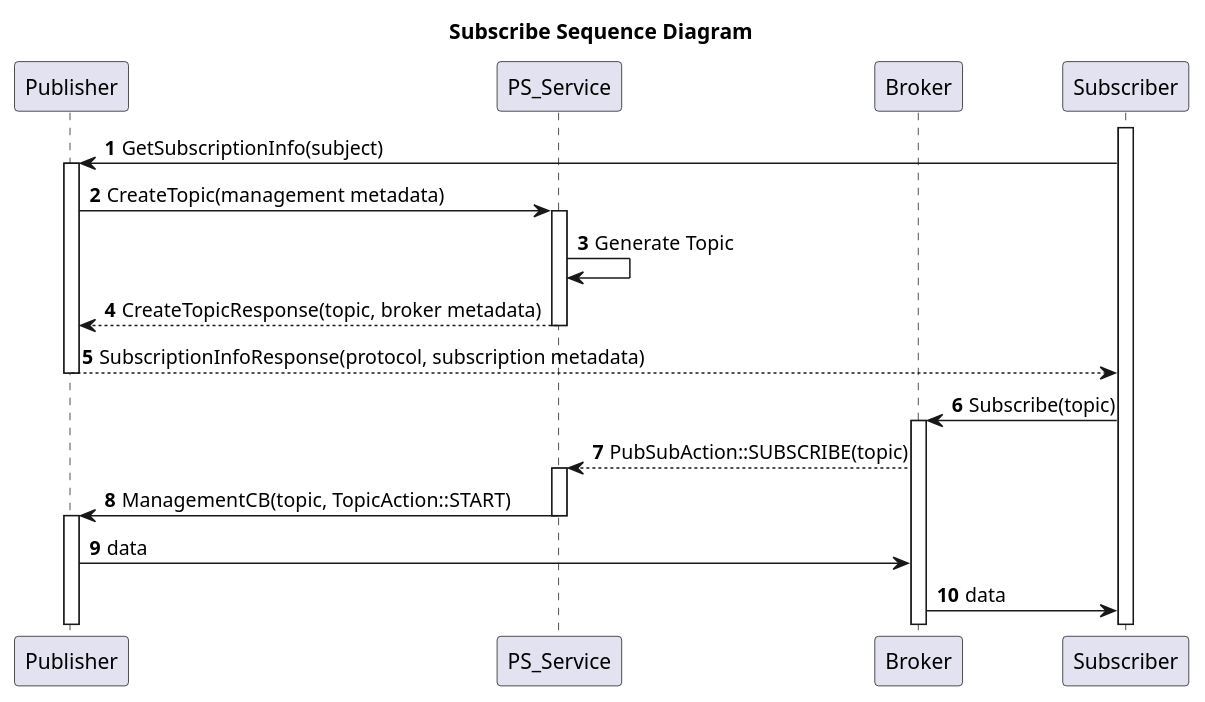
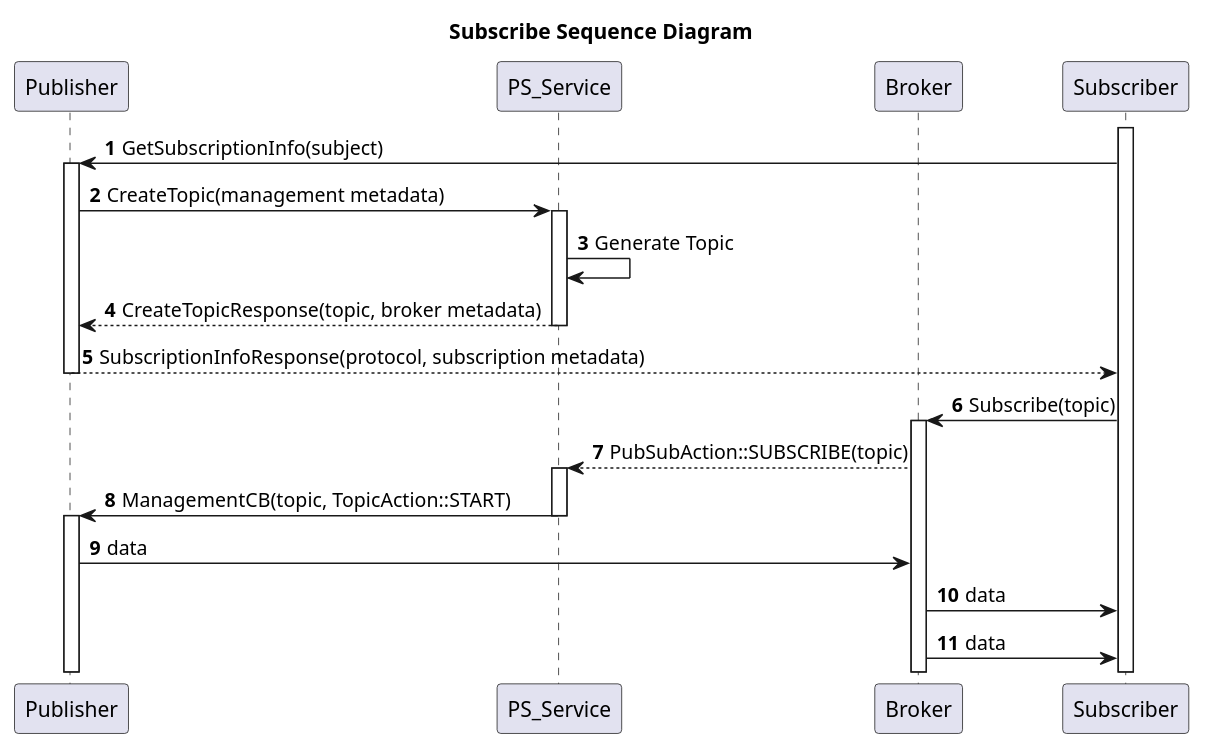
The diagram in docs/diagrams/subscribe_sequence.puml (eclipse-chariott/Agemo), drawn with PlantUML before and after one commit.

Commit message:
test diagram gen

```diff
--- a/docs/diagrams/subscribe_sequence.puml
+++ b/docs/diagrams/subscribe_sequence.puml
@@ -1,28 +1,29 @@
 @startuml subscribe sequence diagram
 title Subscribe Sequence Diagram
 autonumber
 participant Publisher
 participant PS_Service
 participant Broker
 activate Subscriber
 
 Subscriber -> Publisher : GetSubscriptionInfo(subject)
 activate Publisher
 Publisher -> PS_Service : CreateTopic(management metadata)
 activate PS_Service
 PS_Service -> PS_Service : Generate Topic
 PS_Service --> Publisher : CreateTopicResponse(topic, broker metadata)
 deactivate PS_Service
 Publisher --> Subscriber : SubscriptionInfoResponse(protocol, subscription metadata)
 deactivate Publisher
 Subscriber -> Broker : Subscribe(topic)
 activate Broker
 Broker --> PS_Service : PubSubAction::SUBSCRIBE(topic)
 activate PS_Service
 PS_Service -> Publisher : ManagementCB(topic, TopicAction::START)
 deactivate PS_Service
 activate Publisher
 Publisher -> Broker : data
 Broker -> Subscriber : data
+Broker -> Subscriber : data
 
 @enduml
```
